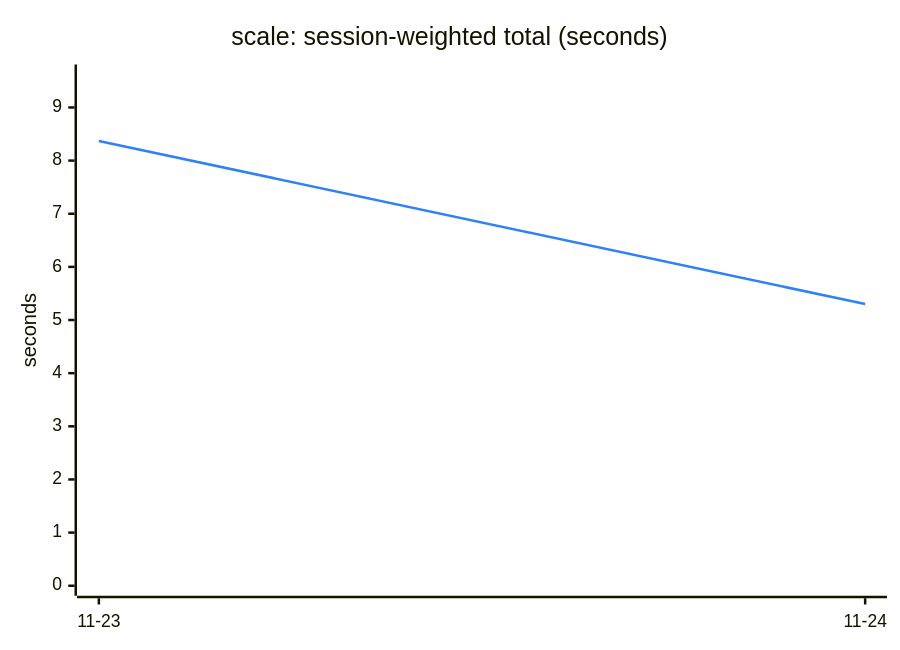
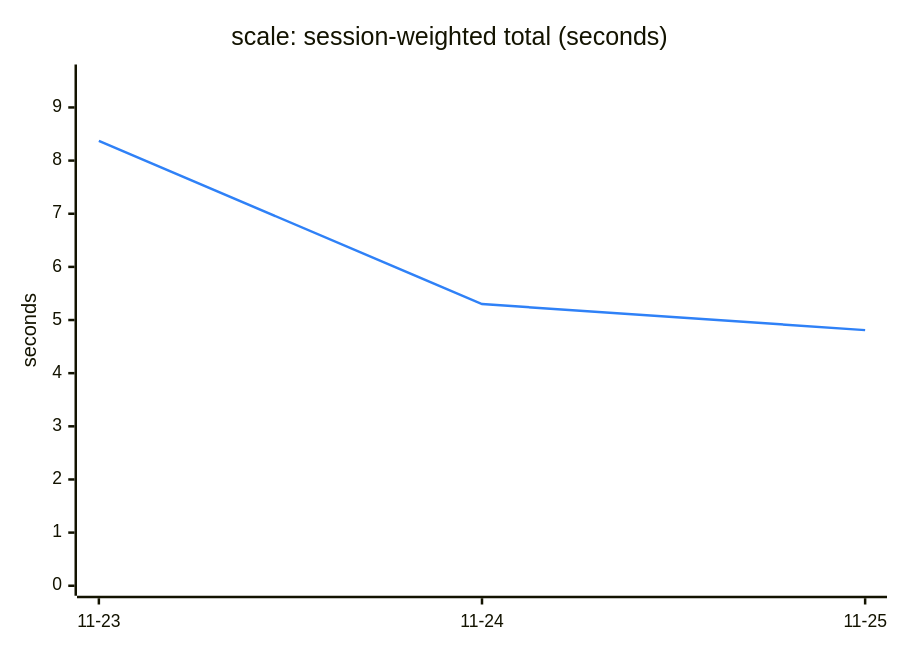
Before and after one commit to engalar/mxcli: the third of 6 diagrams in TREND.md, drawn with Mermaid. The commit also changed other lines of this file and 2 other files, not shown here.

````diff
--- a/TREND.md
+++ b/TREND.md
@@ -83,13 +83,13 @@
 ```mermaid
 ---
 config:
   themeVariables:
     xyChart:
       plotColorPalette: "#2f81f7"
 ---
 xychart-beta
     title "scale: session-weighted total (seconds)"
-    x-axis ["11-23", "11-24"]
+    x-axis ["11-23", "11-24", "11-25"]
     y-axis "seconds" 0 --> 9.62
-    line [8.37, 5.30]
+    line [8.37, 5.30, 4.81]
 ```
````
